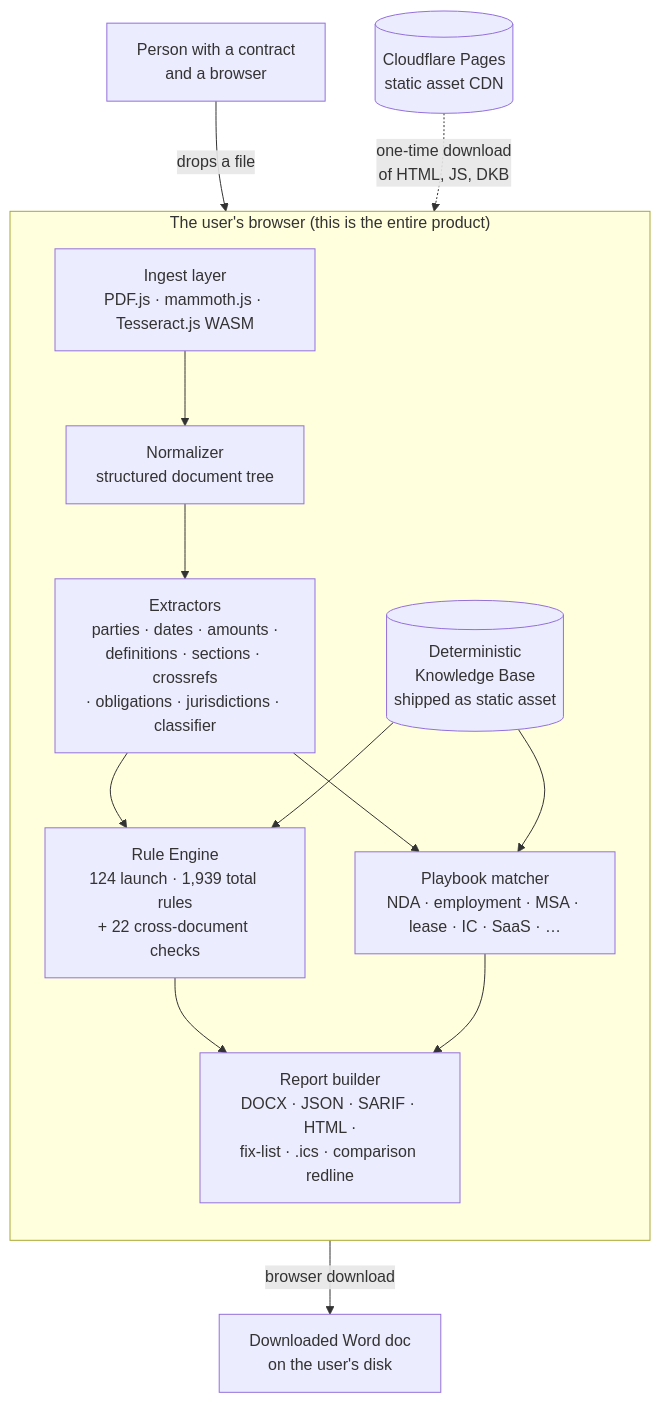
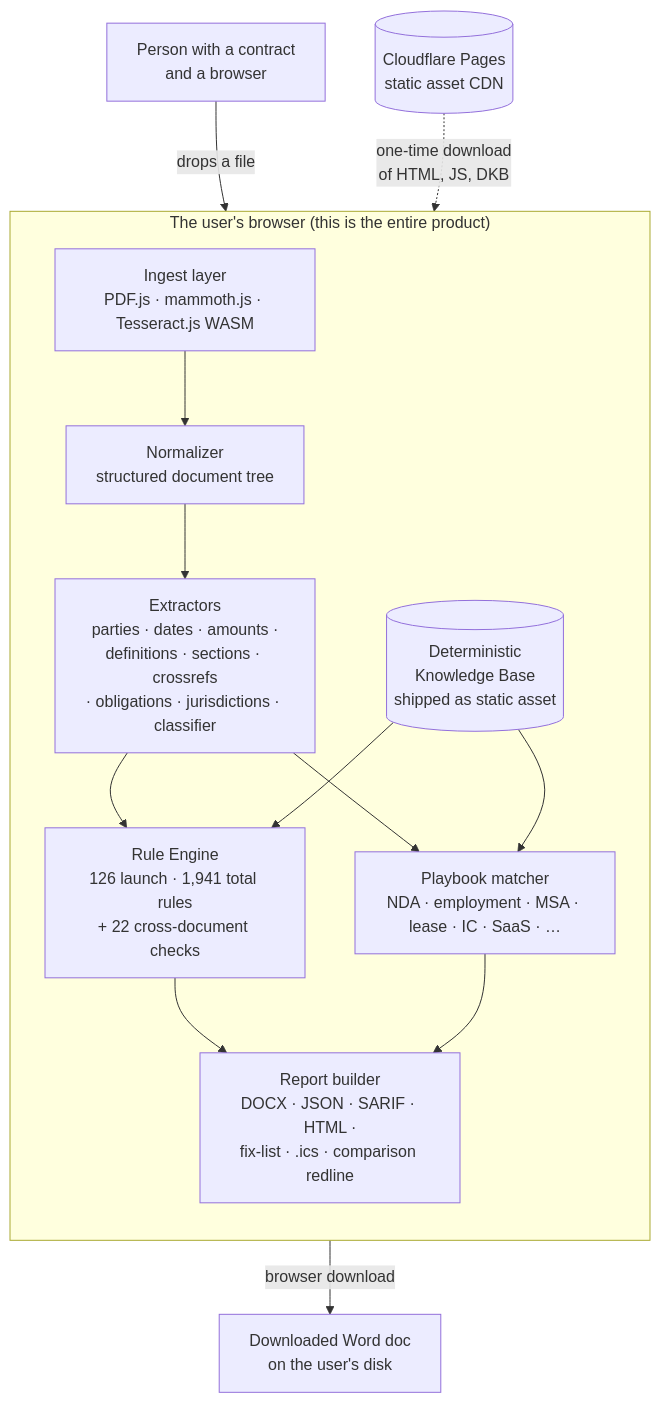
One commit to clay-good/vaulytica changed the diagram in docs/architecture.md. Above: the diagram before and after it, drawn with Mermaid. The commit also changed other lines of this file and 388 other files, not shown here.

````diff
--- a/docs/architecture.md
+++ b/docs/architecture.md
@@ -5,28 +5,28 @@
 ```mermaid
 flowchart TB
     user[Person with a contract<br/>and a browser]
 
     subgraph browser["The user's browser (this is the entire product)"]
         direction TB
         ingest[Ingest layer<br/>PDF.js · mammoth.js · Tesseract.js WASM]
         normalize[Normalizer<br/>structured document tree]
         extract[Extractors<br/>parties · dates · amounts ·<br/>definitions · sections · crossrefs<br/>· obligations · jurisdictions · classifier]
-        engine[Rule Engine<br/>124 launch · 1,939 total rules<br/>+ 22 cross-document checks]
+        engine[Rule Engine<br/>126 launch · 1,941 total rules<br/>+ 22 cross-document checks]
         playbook[Playbook matcher<br/>NDA · employment · MSA · lease · IC · SaaS · …]
         dkb[(Deterministic<br/>Knowledge Base<br/>shipped as static asset)]
         report[Report builder<br/>DOCX · JSON · SARIF · HTML ·<br/>fix-list · .ics · comparison redline]
     end
 
     cdn[(Cloudflare Pages<br/>static asset CDN)]
     download[Downloaded Word doc<br/>on the user's disk]
 
     user -- "drops a file" --> ingest
     cdn -. "one-time download<br/>of HTML, JS, DKB" .-> browser
     ingest --> normalize --> extract --> engine
     extract --> playbook
     dkb --> engine
     dkb --> playbook
     engine --> report
     playbook --> report
     report -- "browser download" --> download
 ```
````
